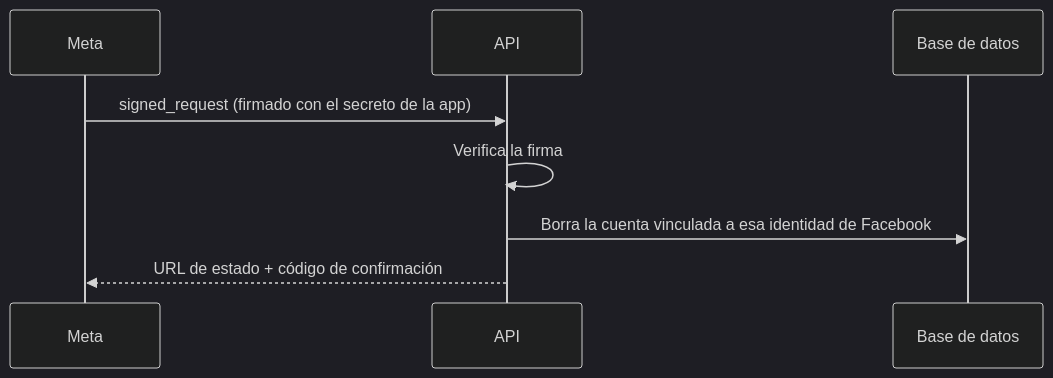
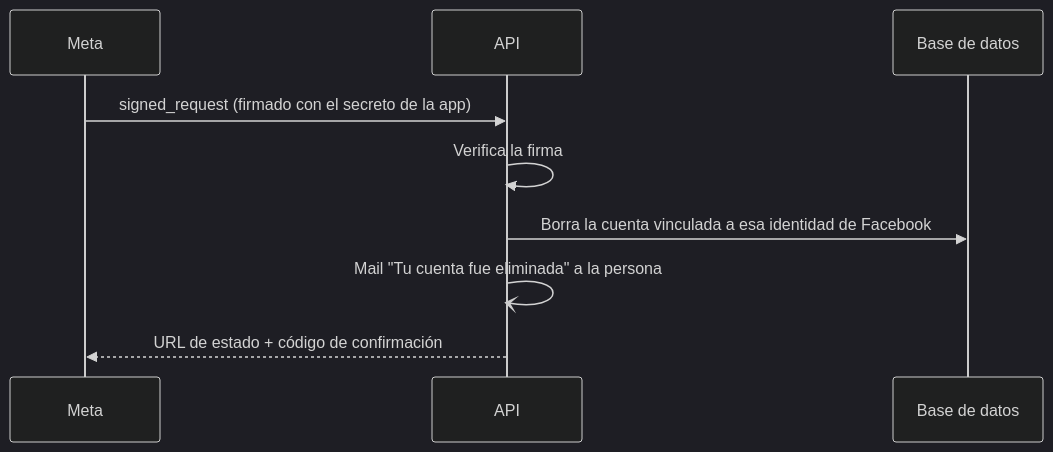
One commit to inzumer/milimon-docs changed the second of 2 diagrams in src/content/docs/como-funciona/borrado-de-cuenta.md. Above: the diagram before and after it, drawn with Mermaid (dark theme). The commit also changed other lines of this file and 2 other files, not shown here.

Commit message:
docs: transactional emails page and email steps in sign-in and account deletion flows

````diff
--- a/src/content/docs/como-funciona/borrado-de-cuenta.md
+++ b/src/content/docs/como-funciona/borrado-de-cuenta.md
@@ -31,11 +33,12 @@
 ```mermaid
 sequenceDiagram
   participant M as Meta
   participant A as API
   participant D as Base de datos
 
   M->>A: signed_request (firmado con el secreto de la app)
   A->>A: Verifica la firma
   A->>D: Borra la cuenta vinculada a esa identidad de Facebook
+  A-)A: Mail "Tu cuenta fue eliminada" a la persona
   A-->>M: URL de estado + código de confirmación
 ```
````
